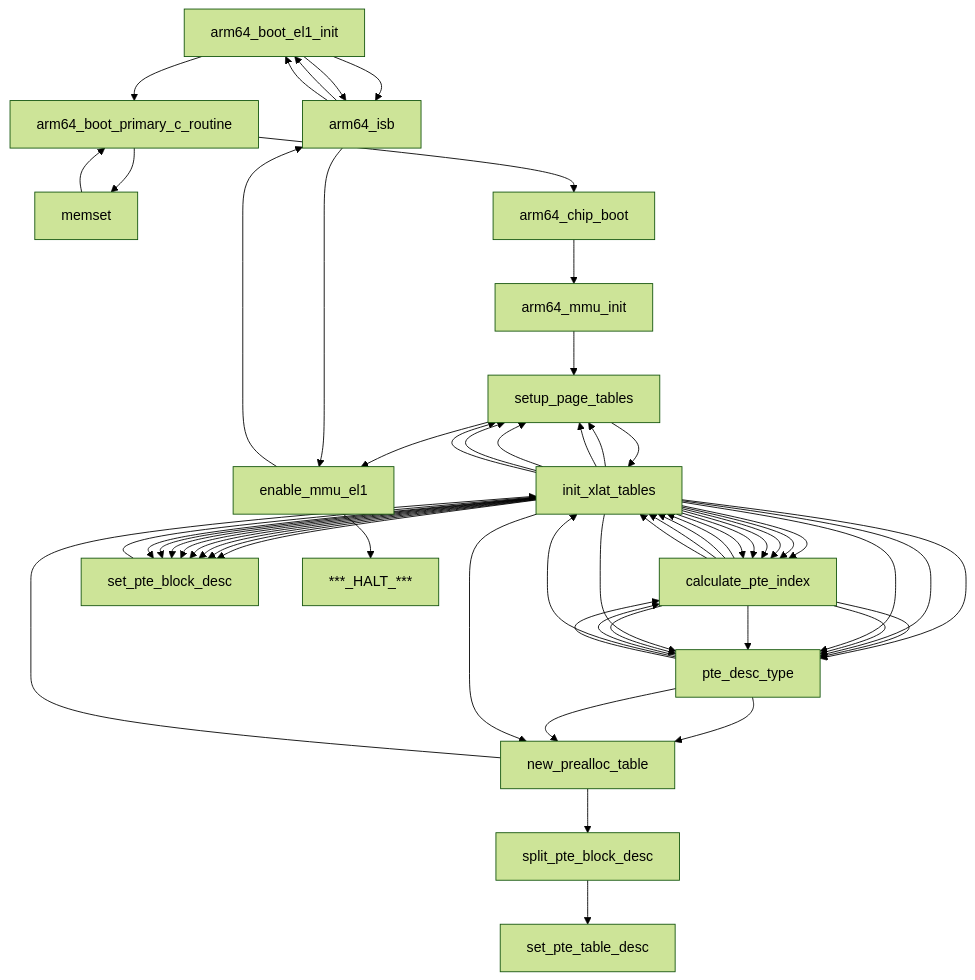
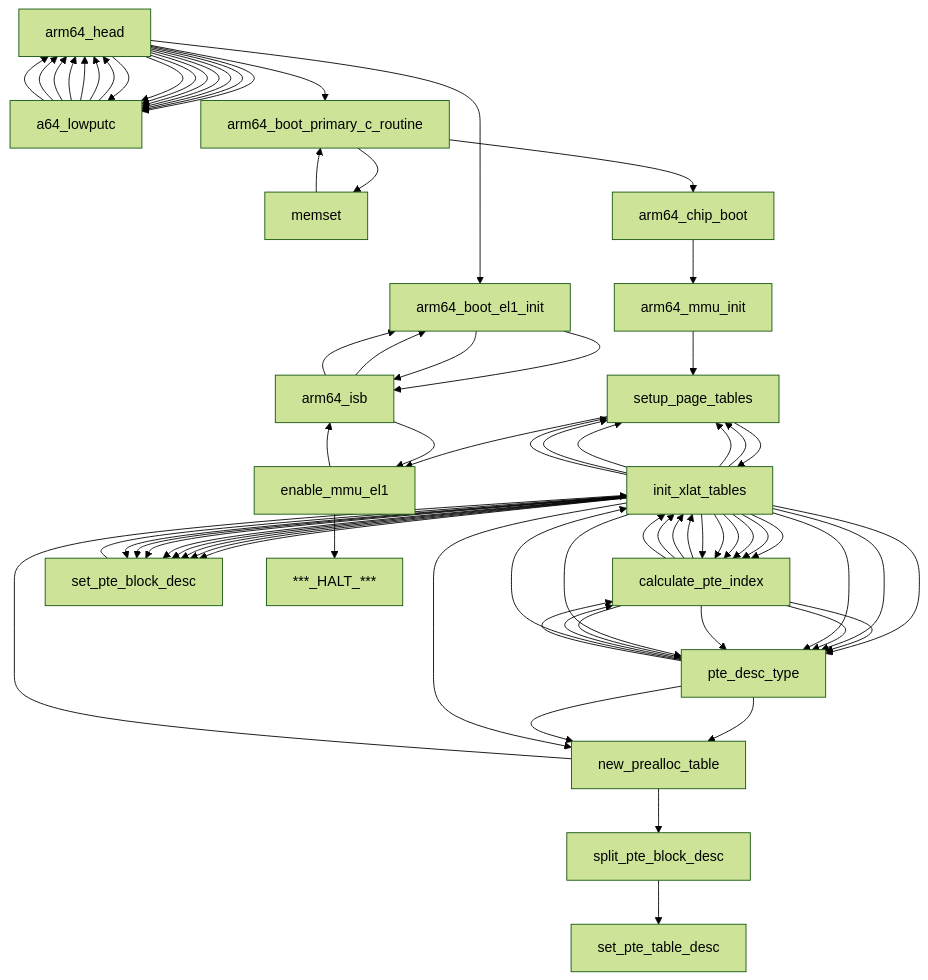
Before and after one commit to lupyuen/pinephone-emulator: the diagram in README.md, drawn with Mermaid (forest theme). The commit also changed 1 other file, not shown here.

Commit message:
Add arm64_head

````diff
--- a/README.md
+++ b/README.md
@@ -703,5 +703,37 @@
 ```mermaid
   flowchart TD
+  arm64_head --> a64_lowputc
+  click arm64_head href "https://github.com/apache/nuttx/blob/master/arch/arm64/src/common/arm64_head.S#L104" "arch/arm64/src/common/arm64_head.S "
+  a64_lowputc --> arm64_head
+  click a64_lowputc href "https://github.com/apache/nuttx/blob/master/arch/arm64/src/a64/a64_lowputc.S#L58" "arch/arm64/src/a64/a64_lowputc.S "
+  arm64_head --> a64_lowputc
+  click arm64_head href "https://github.com/apache/nuttx/blob/master/arch/arm64/src/common/arm64_head.S#L177" "arch/arm64/src/common/arm64_head.S "
+  a64_lowputc --> arm64_head
+  click a64_lowputc href "https://github.com/apache/nuttx/blob/master/arch/arm64/src/a64/a64_lowputc.S#L87" "arch/arm64/src/a64/a64_lowputc.S "
+  arm64_head --> a64_lowputc
+  click arm64_head href "https://github.com/apache/nuttx/blob/master/arch/arm64/src/common/arm64_head.S#L298" "arch/arm64/src/common/arm64_head.S "
+  a64_lowputc --> arm64_head
+  click a64_lowputc href "https://github.com/apache/nuttx/blob/master/arch/arm64/src/a64/a64_lowputc.S#L87" "arch/arm64/src/a64/a64_lowputc.S "
+  arm64_head --> a64_lowputc
+  click arm64_head href "https://github.com/apache/nuttx/blob/master/arch/arm64/src/common/arm64_head.S#L298" "arch/arm64/src/common/arm64_head.S "
+  a64_lowputc --> arm64_head
+  click a64_lowputc href "https://github.com/apache/nuttx/blob/master/arch/arm64/src/a64/a64_lowputc.S#L87" "arch/arm64/src/a64/a64_lowputc.S "
+  arm64_head --> a64_lowputc
+  click arm64_head href "https://github.com/apache/nuttx/blob/master/arch/arm64/src/common/arm64_head.S#L298" "arch/arm64/src/common/arm64_head.S "
+  a64_lowputc --> arm64_head
+  click a64_lowputc href "https://github.com/apache/nuttx/blob/master/arch/arm64/src/a64/a64_lowputc.S#L87" "arch/arm64/src/a64/a64_lowputc.S "
+  arm64_head --> a64_lowputc
+  click arm64_head href "https://github.com/apache/nuttx/blob/master/arch/arm64/src/common/arm64_head.S#L298" "arch/arm64/src/common/arm64_head.S "
+  a64_lowputc --> arm64_head
+  click a64_lowputc href "https://github.com/apache/nuttx/blob/master/arch/arm64/src/a64/a64_lowputc.S#L87" "arch/arm64/src/a64/a64_lowputc.S "
+  arm64_head --> a64_lowputc
+  click arm64_head href "https://github.com/apache/nuttx/blob/master/arch/arm64/src/common/arm64_head.S#L298" "arch/arm64/src/common/arm64_head.S "
+  a64_lowputc --> arm64_head
+  click a64_lowputc href "https://github.com/apache/nuttx/blob/master/arch/arm64/src/a64/a64_lowputc.S#L87" "arch/arm64/src/a64/a64_lowputc.S "
+  arm64_head --> a64_lowputc
+  click arm64_head href "https://github.com/apache/nuttx/blob/master/arch/arm64/src/common/arm64_head.S#L298" "arch/arm64/src/common/arm64_head.S "
+  arm64_head --> arm64_boot_el1_init
+  click arm64_head href "https://github.com/apache/nuttx/blob/master/arch/arm64/src/common/arm64_head.S#L298" "arch/arm64/src/common/arm64_head.S "
   arm64_boot_el1_init --> arm64_isb
   click arm64_boot_el1_init href "https://github.com/apache/nuttx/blob/master/arch/arm64/src/common/arm64_boot.c#L137" "arch/arm64/src/common/arm64_boot.c "
   arm64_isb --> arm64_boot_el1_init
@@ -710,8 +742,8 @@
   click arm64_boot_el1_init href "https://github.com/apache/nuttx/blob/master/arch/arm64/src/common/arm64_boot.c#L145" "arch/arm64/src/common/arm64_boot.c "
   arm64_isb --> arm64_boot_el1_init
   click arm64_isb href "https://github.com/apache/nuttx/blob/master/arch/arm64/src/common/barriers.h#L57" "arch/arm64/src/common/barriers.h "
-  arm64_boot_el1_init --> arm64_boot_primary_c_routine
-  click arm64_boot_el1_init href "https://github.com/apache/nuttx/blob/master/arch/arm64/src/common/arm64_boot.c#L161" "arch/arm64/src/common/arm64_boot.c "
+  arm64_head --> arm64_boot_primary_c_routine
+  click arm64_head href "https://github.com/apache/nuttx/blob/master/arch/arm64/src/common/arm64_head.S#L298" "arch/arm64/src/common/arm64_head.S "
   arm64_boot_primary_c_routine --> memset
   click arm64_boot_primary_c_routine href "https://github.com/apache/nuttx/blob/master/arch/arm64/src/common/arm64_boot.c#L180" "arch/arm64/src/common/arm64_boot.c "
   memset --> arm64_boot_primary_c_routine
````
